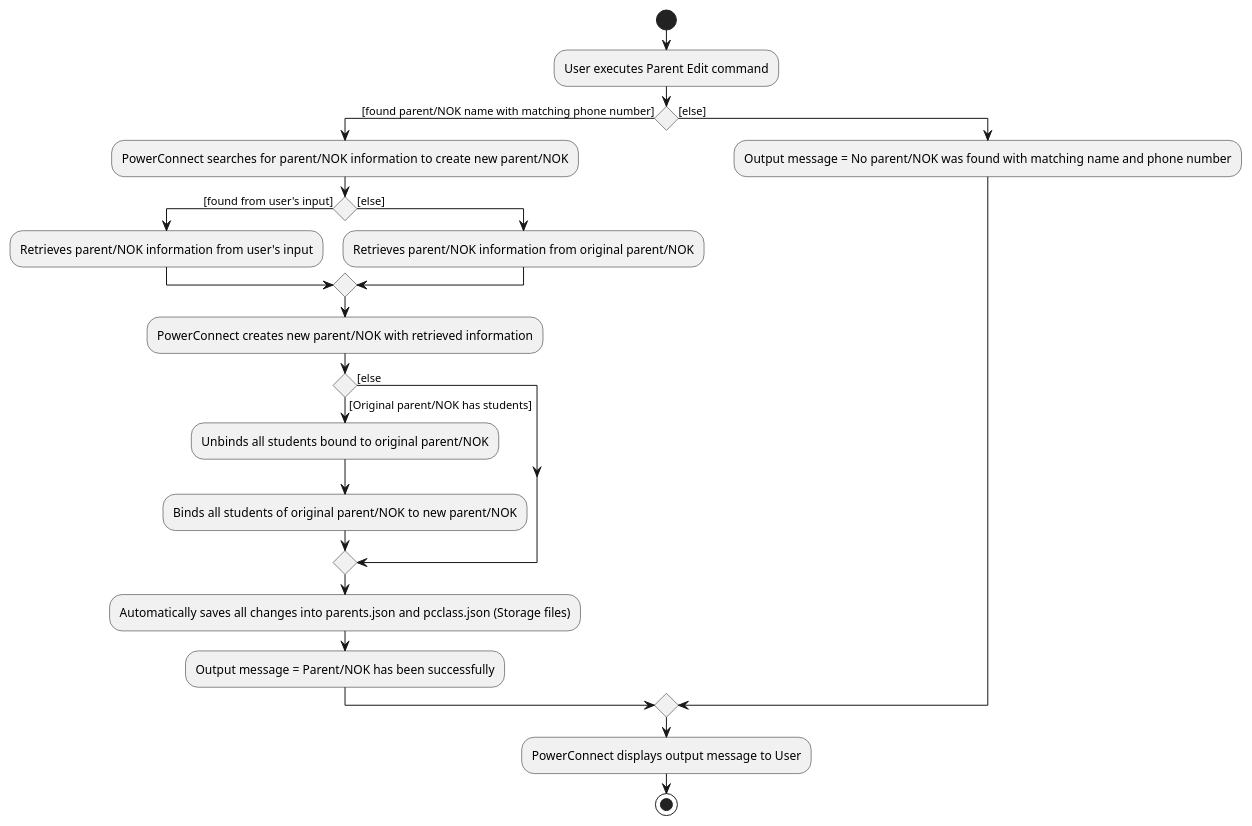
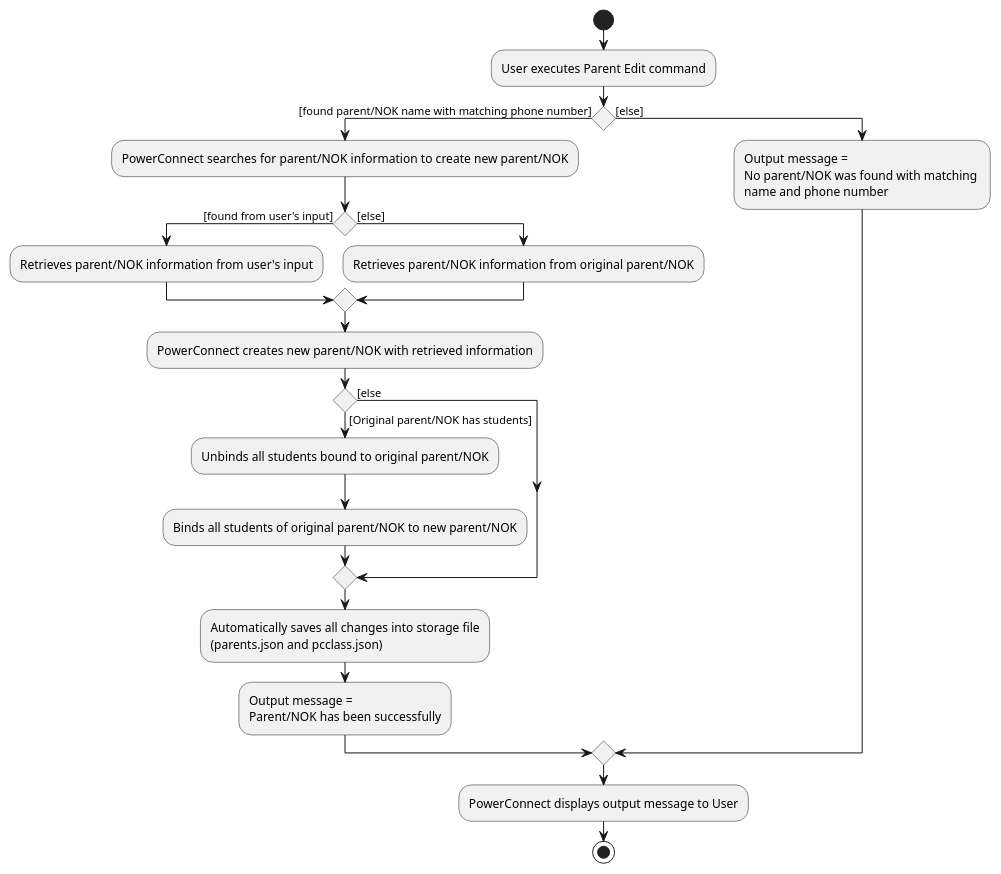
Before and after one commit to nus-cs2103-AY2223S2/tp: the diagram in docs/diagrams/ParentEditActivityDiagram.puml, drawn with PlantUML. The commit also changed 4 other files, not shown here.

```diff
--- a/docs/diagrams/ParentEditActivityDiagram.puml
+++ b/docs/diagrams/ParentEditActivityDiagram.puml
@@ -1,25 +1,25 @@
 @startuml
 start
 :User executes Parent Edit command;
 
 if () then ([found parent/NOK name with matching phone number])
     :PowerConnect searches for parent/NOK information to create new parent/NOK;
     if () then ([found from user's input])
         :Retrieves parent/NOK information from user's input;
     else ([else])
         :Retrieves parent/NOK information from original parent/NOK;
     endif
     :PowerConnect creates new parent/NOK with retrieved information;
         if () then ([Original parent/NOK has students])
             :Unbinds all students bound to original parent/NOK;
             :Binds all students of original parent/NOK to new parent/NOK;
         else ([else)
         endif
-    :Automatically saves all changes into parents.json and pcclass.json (Storage files);
-    :Output message = Parent/NOK has been successfully;
+    :Automatically saves all changes into storage file\n(parents.json and pcclass.json);
+    :Output message = \nParent/NOK has been successfully;
 else ([else])
-    :Output message = No parent/NOK was found with matching name and phone number;
+    :Output message = \nNo parent/NOK was found with matching \nname and phone number;
 endif
     :PowerConnect displays output message to User;
 stop
 @enduml
```
